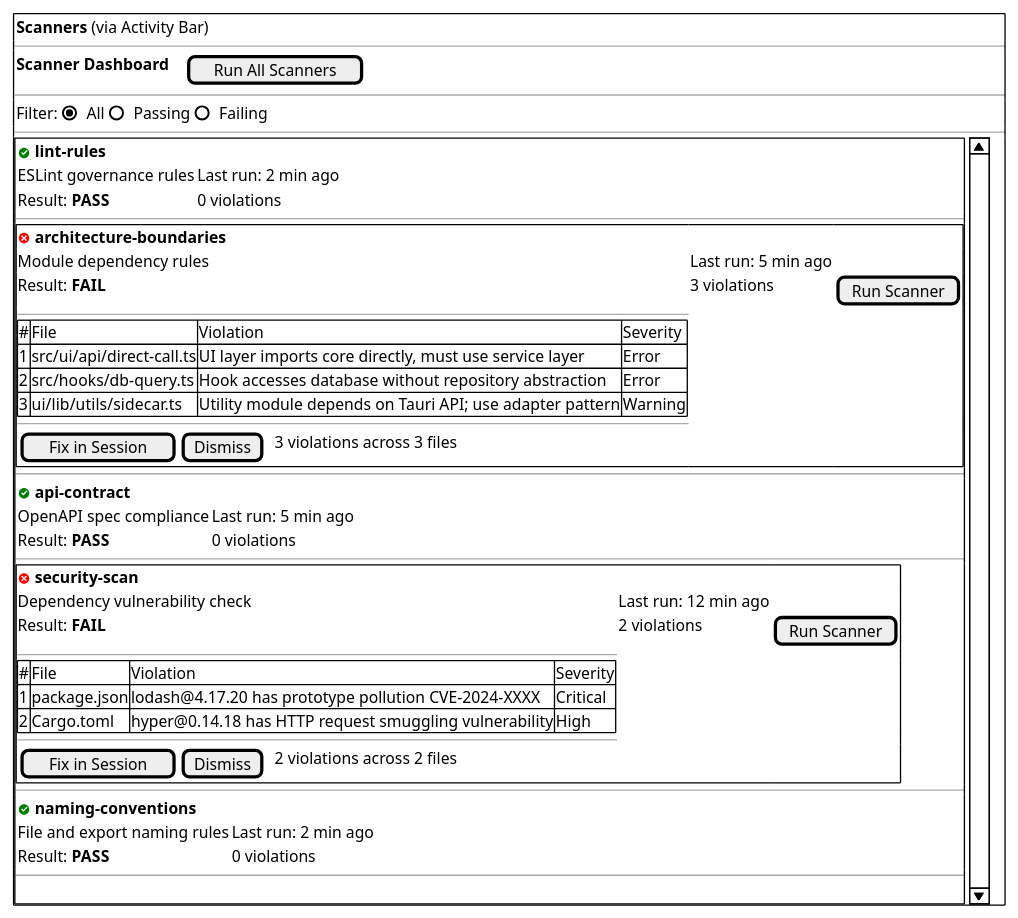
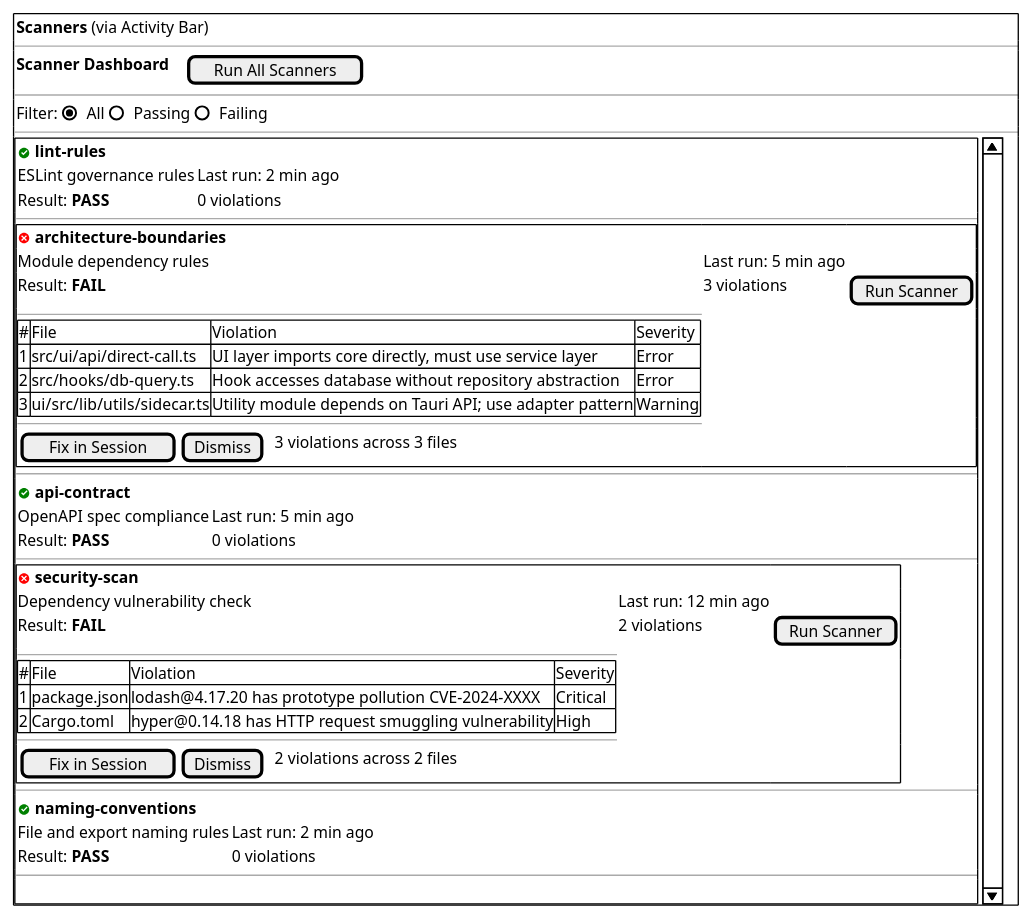
One commit to orqastudio/app changed the second of 4 diagrams in .orqa/documentation/wireframes/dashboard.md. Above: the diagram before and after it, drawn with PlantUML. The commit also changed 508 other files, not shown here.

````diff
--- a/.orqa/documentation/wireframes/dashboard.md
+++ b/.orqa/documentation/wireframes/dashboard.md
@@ -119,62 +119,62 @@
 ```plantuml
 @startsalt
 {+
   { <b>Scanners</b> (via Activity Bar) }
   ---
   { <b>Scanner Dashboard</b> | . | . | [Run All Scanners] }
   ---
   { Filter: | (X) All | () Passing | () Failing }
   ---
   {SI
     {
       <color:green><&circle-check></color> <b>lint-rules</b>
       ESLint governance rules | Last run: 2 min ago
       Result: <b>PASS</b> | 0 violations
     }
     ---
     {+
       <color:red><&circle-x></color> <b>architecture-boundaries</b>
       Module dependency rules | Last run: 5 min ago
       Result: <b>FAIL</b> | 3 violations | [Run Scanner]
       ---
       {#
         # | File | Violation | Severity
         1 | src/ui/api/direct-call.ts | UI layer imports core directly, must use service layer | Error
         2 | src/hooks/db-query.ts | Hook accesses database without repository abstraction | Error
-        3 | ui/lib/utils/sidecar.ts | Utility module depends on Tauri API; use adapter pattern | Warning
+        3 | ui/src/lib/utils/sidecar.ts | Utility module depends on Tauri API; use adapter pattern | Warning
       }
       ---
       { [Fix in Session] | [Dismiss] | . | 3 violations across 3 files }
     }
     ---
     {
       <color:green><&circle-check></color> <b>api-contract</b>
       OpenAPI spec compliance | Last run: 5 min ago
       Result: <b>PASS</b> | 0 violations
     }
     ---
     {+
       <color:red><&circle-x></color> <b>security-scan</b>
       Dependency vulnerability check | Last run: 12 min ago
       Result: <b>FAIL</b> | 2 violations | [Run Scanner]
       ---
       {#
         # | File | Violation | Severity
         1 | package.json | lodash@4.17.20 has prototype pollution CVE-2024-XXXX | Critical
         2 | Cargo.toml | hyper@0.14.18 has HTTP request smuggling vulnerability | High
       }
       ---
       { [Fix in Session] | [Dismiss] | . | 2 violations across 2 files }
     }
     ---
     {
       <color:green><&circle-check></color> <b>naming-conventions</b>
       File and export naming rules | Last run: 2 min ago
       Result: <b>PASS</b> | 0 violations
     }
     ---
     .
   }
 }
 @endsalt
 ```
````
